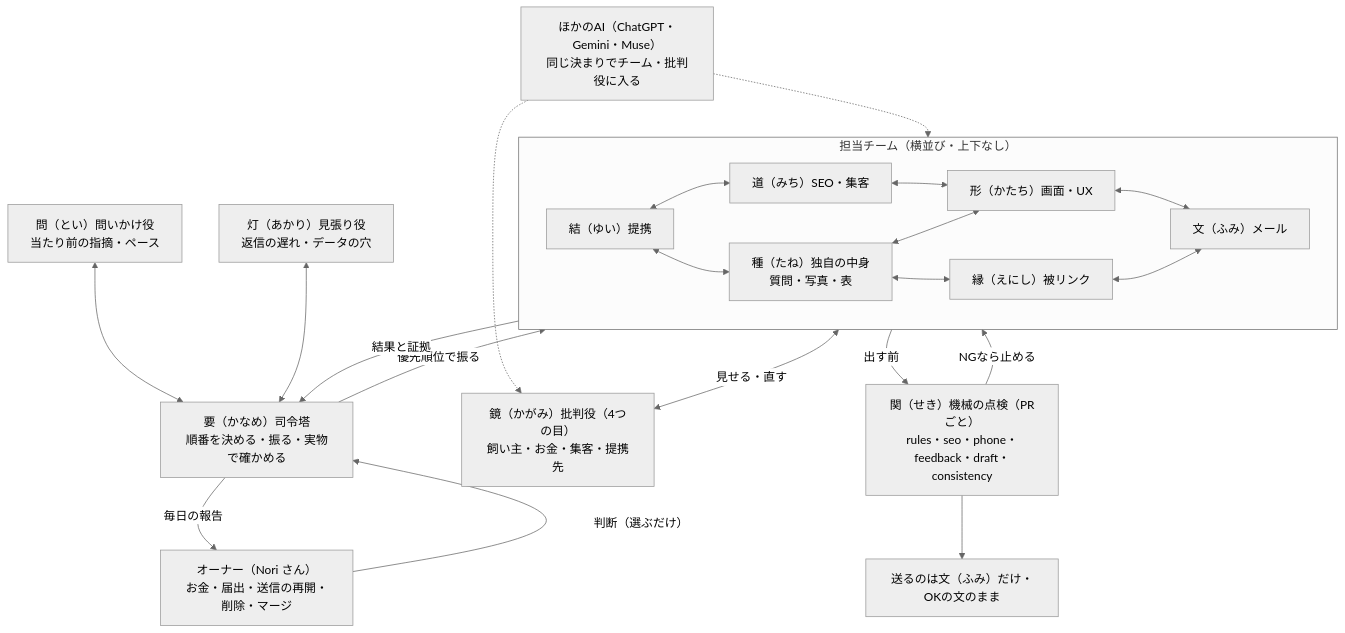
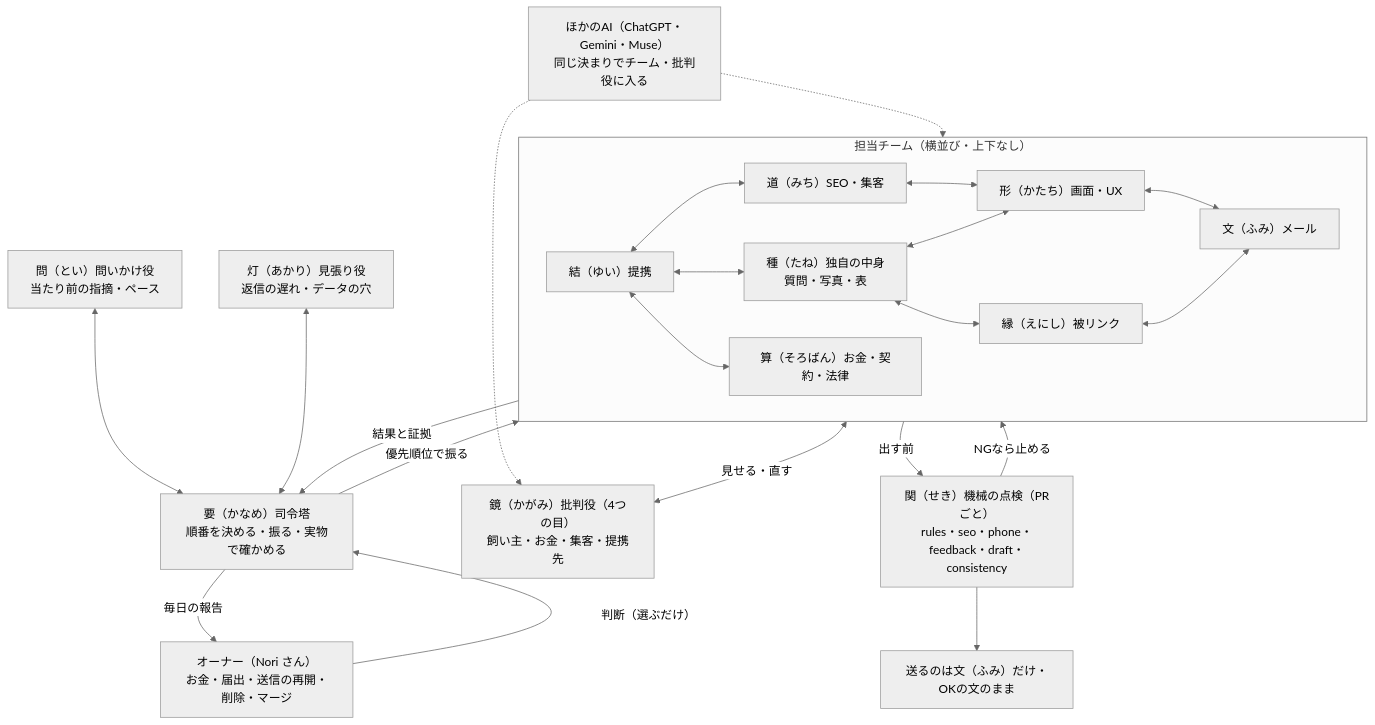
Before and after one commit to NORI-silver/pet-lp: the diagram in docs/ai/framework/org-chart.md, drawn with Mermaid (neutral theme). The commit also changed other lines of this file and 2 other files, not shown here.

Commit message:
[G] 体制図に算（そろばん）＝お金・契約・法律を足す（結と両方向）
Claude-Session: https://claude.ai/code/session_01Tf5d8apBoT2m8RmjadaGGy

````diff
--- a/docs/ai/framework/org-chart.md
+++ b/docs/ai/framework/org-chart.md
@@ -7,31 +7,33 @@
 ```mermaid
 flowchart TB
   O["オーナー（Nori さん）<br/>お金・届出・送信の再開・削除・マージ"]
   C["要（かなめ）司令塔<br/>順番を決める・振る・実物で確かめる"]
   Q["問（とい）問いかけ役<br/>当たり前の指摘・ペース"]
   W["灯（あかり）見張り役<br/>返信の遅れ・データの穴"]
   subgraph T["担当チーム（横並び・上下なし）"]
     P["結（ゆい）提携"] <--> U["種（たね）独自の中身<br/>質問・写真・表"] <--> L["縁（えにし）被リンク"]
     S["道（みち）SEO・集客"] <--> X2["形（かたち）画面・UX"] <--> M["文（ふみ）メール"]
     P <--> S
+    R["算（そろばん）お金・契約・法律"]
+    P <--> R
     U <--> X2
     L <--> M
   end
   K["鏡（かがみ）批判役（4つの目）<br/>飼い主・お金・集客・提携先"]
   G["関（せき）機械の点検（PRごと）<br/>rules・seo・phone・feedback・draft・consistency"]
   SEND["送るのは文（ふみ）だけ・OKの文のまま"]
   X["ほかのAI（ChatGPT・Gemini・Muse）<br/>同じ決まりでチーム・批判役に入る"]
 
   C -->|毎日の報告| O
   O -->|判断（選ぶだけ）| C
   Q <--> C
   W <--> C
   C -->|優先順位で振る| T
   T -->|結果と証拠| C
   T <-->|見せる・直す| K
   T -->|出す前| G
   G -->|NGなら止める| T
   G --> SEND
   X -.-> T
   X -.-> K
 ```
````
